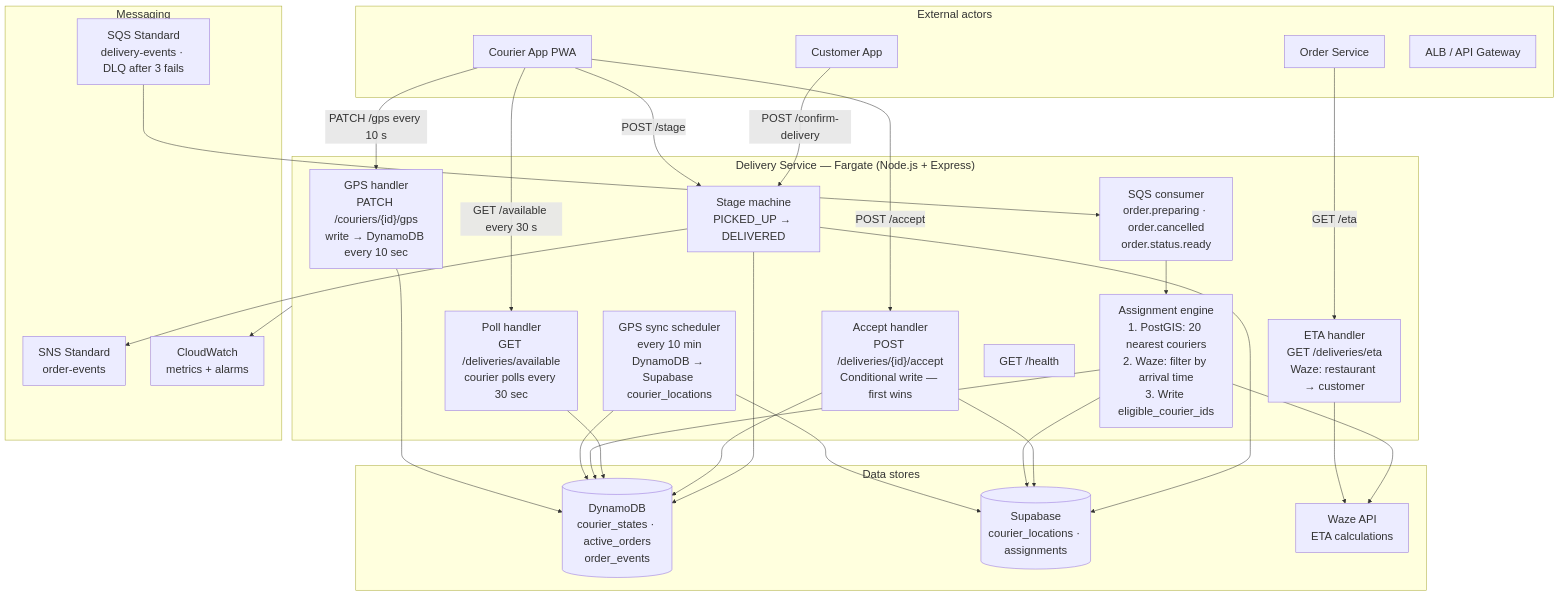
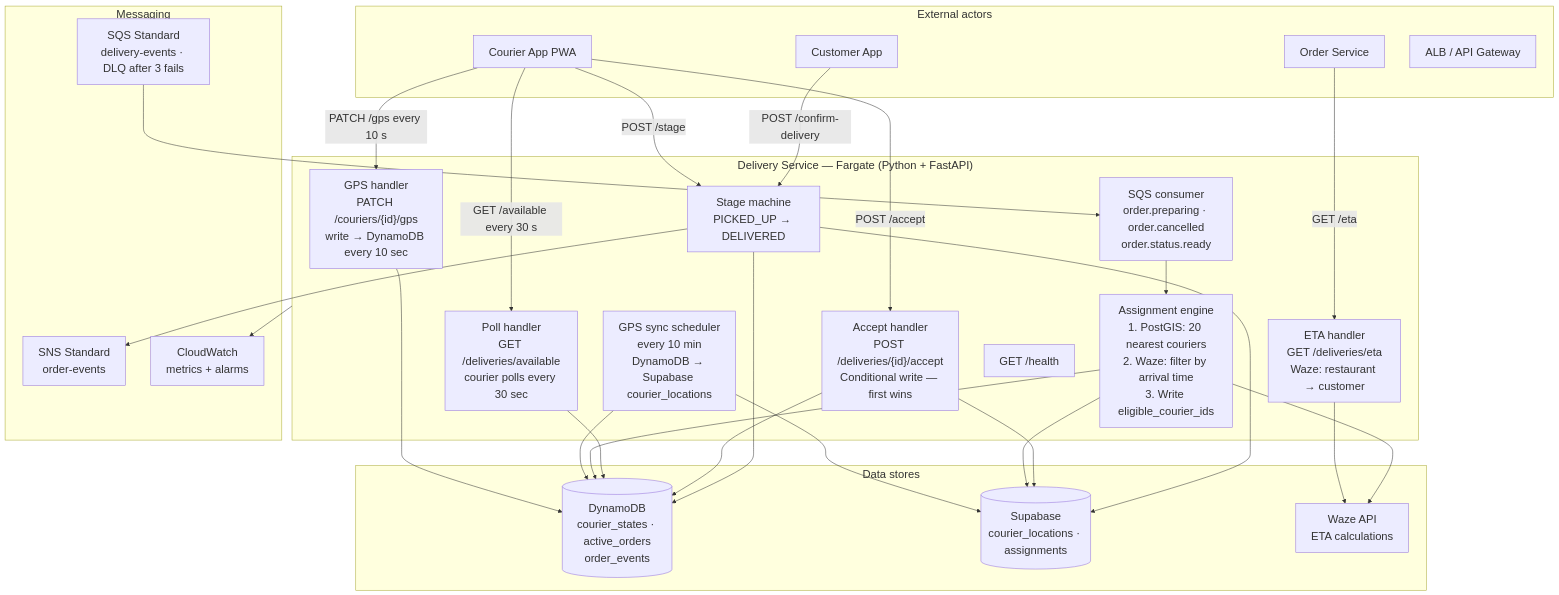
Before and after one commit to food-delivery-platform/docs: the tenth of 10 diagrams in ARCHITECTURE.md, drawn with Mermaid. The commit also changed other lines of this file and 1 other file, not shown here.

Commit message:
update architecture and delivery service contracts

````diff
--- a/ARCHITECTURE.md
+++ b/ARCHITECTURE.md
@@ -1369,63 +1377,63 @@
 ```mermaid
 ---
 config:
   theme: default
   themeVariables:
     fontSize: "22px"
 ---
 graph TB
     subgraph External["External actors"]
         CA[Courier App PWA]
         CU[Customer App]
         OS_SVC[Order Service]
         APIGW[ALB / API Gateway]
     end
 
-    subgraph Fargate["Delivery Service — Fargate (Node.js + Express)"]
+    subgraph Fargate["Delivery Service — Fargate (Python + FastAPI)"]
         GPSH["GPS handler\nPATCH /couriers/{id}/gps\nwrite → DynamoDB every 10 sec"]
         SYNC["GPS sync scheduler\nevery 10 min\nDynamoDB → Supabase courier_locations"]
         ETAh["ETA handler\nGET /deliveries/eta\nWaze: restaurant → customer"]
         AE["Assignment engine\n1. PostGIS: 20 nearest couriers\n2. Waze: filter by arrival time\n3. Write eligible_courier_ids"]
         POLL["Poll handler\nGET /deliveries/available\ncourier polls every 30 sec"]
         ACCH["Accept handler\nPOST /deliveries/{id}/accept\nConditional write — first wins"]
         SM["Stage machine\nPICKED_UP → DELIVERED"]
         SQSC["SQS consumer\norder.preparing · order.cancelled\norder.status.ready"]
         HC["GET /health"]
     end
 
     subgraph DataStores["Data stores"]
         DY[(DynamoDB\ncourier_states · active_orders\norder_events)]
         SB[(Supabase\ncourier_locations · assignments)]
         WAZE[Waze API\nETA calculations]
     end
 
     subgraph Messaging["Messaging"]
         SQSQ[SQS Standard\ndelivery-events · DLQ after 3 fails]
         SNS_OUT[SNS Standard\norder-events]
         CW[CloudWatch\nmetrics + alarms]
     end
 
     CA -->|PATCH /gps every 10 s| GPSH
     CA -->|GET /available every 30 s| POLL
     CA -->|POST /accept| ACCH
     CA -->|POST /stage| SM
     CU -->|POST /confirm-delivery| SM
     OS_SVC -->|GET /eta| ETAh
 
     GPSH --> DY
     SYNC --> DY
     SYNC --> SB
     ETAh --> WAZE
     SQSQ --> SQSC
     SQSC --> AE
     AE --> SB
     AE --> WAZE
     AE --> DY
     POLL --> DY
     ACCH --> DY
     ACCH --> SB
     SM --> DY
     SM --> SB
     SM --> SNS_OUT
     Fargate --> CW
 ```
````
